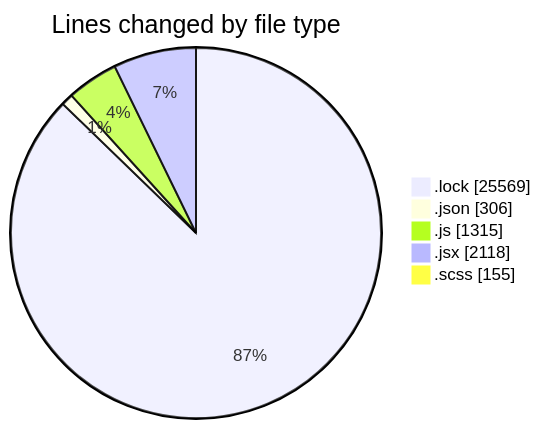
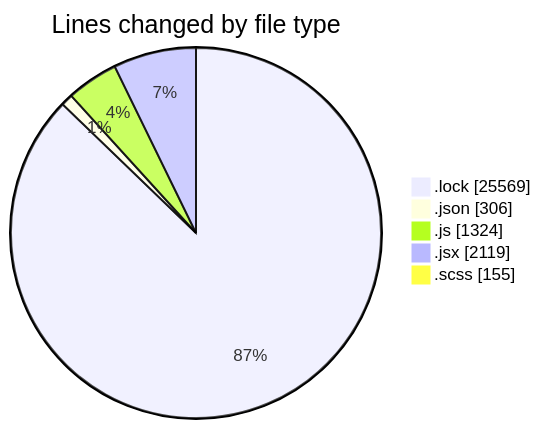
One commit to momahboobian/code-tracking changed the first of 2 diagrams in 2026-01-07/cda/README.md. Above: the diagram before and after it, drawn with Mermaid. The commit also changed other lines of this file and 1 other file, not shown here.

````diff
--- a/2026-01-07/cda/README.md
+++ b/2026-01-07/cda/README.md
@@ -47,9 +47,9 @@
 ```mermaid
 pie showData
 title Lines changed by file type
 ".lock" : 25569
 ".json" : 306
-".js" : 1315
-".jsx" : 2118
+".js" : 1324
+".jsx" : 2119
 ".scss" : 155
 ```
````
